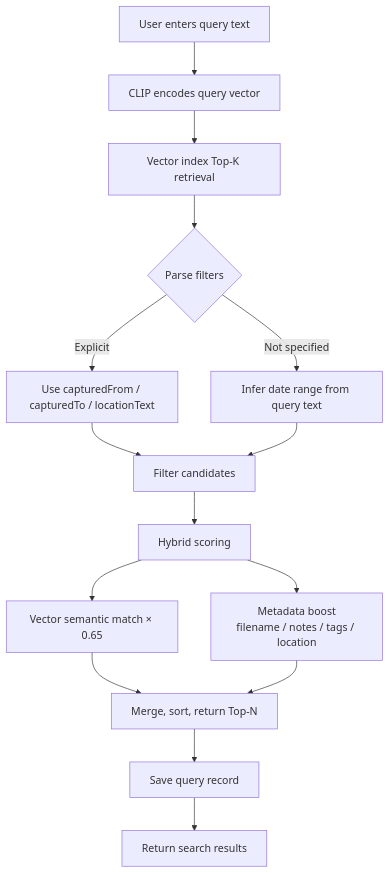
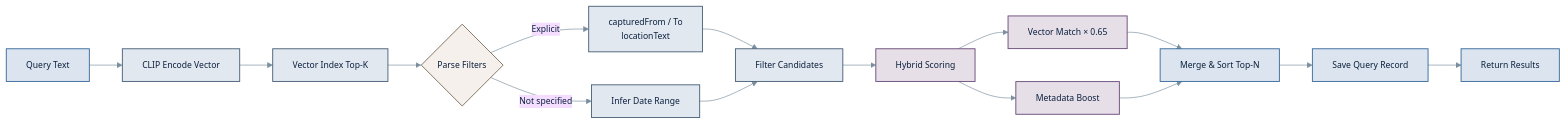
Before and after one commit to MangolDurian/RecallLens: the third of 3 diagrams in README.en.md, drawn with Mermaid. The commit also changed other lines of this file and 1 other file, not shown here.

First line of the commit message:
优化 Mermaid 流程图样式：墨水/纸张色系 + 分层色卡

````diff
--- a/README.en.md
+++ b/README.en.md
@@ -95,17 +108,24 @@
 ```mermaid
-flowchart TD
-    A[User enters query text] --> B[CLIP encodes query vector]
-    B --> C[Vector index Top-K retrieval]
-    C --> D{Parse filters}
-    D -->|Explicit| E[Use capturedFrom / capturedTo / locationText]
-    D -->|Not specified| F[Infer date range from query text]
-    E --> G[Filter candidates]
+%%{init:{"theme":"base","themeVariables":{"primaryTextColor":"#0a1f3d","lineColor":"#7a8f9e","fontFamily":"system-ui,sans-serif","fontSize":"13px"}}}%%
+flowchart LR
+    classDef input fill:#dce5ef,stroke:#3a6b9f,stroke-width:1.4px,color:#0a1f3d
+    classDef process fill:#e2e8f0,stroke:#4a6278,stroke-width:1.4px,color:#0a1f3d
+    classDef decision fill:#f5f0eb,stroke:#7d6e5d,stroke-width:1.4px,color:#0a1f3d
+    classDef score fill:#e6dfe8,stroke:#6b4d7a,stroke-width:1.4px,color:#0a1f3d
+    classDef result fill:#dce5ef,stroke:#3a6b9f,stroke-width:1.4px,color:#0a1f3d
+
+    A["Query Text"]:::input --> B["CLIP Encode Vector"]:::process
+    B --> C["Vector Index Top-K"]:::process
+    C --> D{"Parse Filters"}:::decision
+    D -->|"Explicit"| E["capturedFrom / To<br/>locationText"]:::process
+    D -->|"Not specified"| F["Infer Date Range"]:::process
+    E --> G["Filter Candidates"]:::process
     F --> G
-    G --> H[Hybrid scoring]
-    H --> I[Vector semantic match × 0.65]
-    H --> J[Metadata boost<br/>filename / notes / tags / location]
-    I --> K[Merge, sort, return Top-N]
+    G --> H["Hybrid Scoring"]:::score
+    H --> I["Vector Match × 0.65"]:::score
+    H --> J["Metadata Boost"]:::score
+    I --> K["Merge & Sort Top-N"]:::result
     J --> K
-    K --> L[Save query record]
-    L --> M[Return search results]
+    K --> L["Save Query Record"]:::result
+    L --> M["Return Results"]:::result
 ```
````
